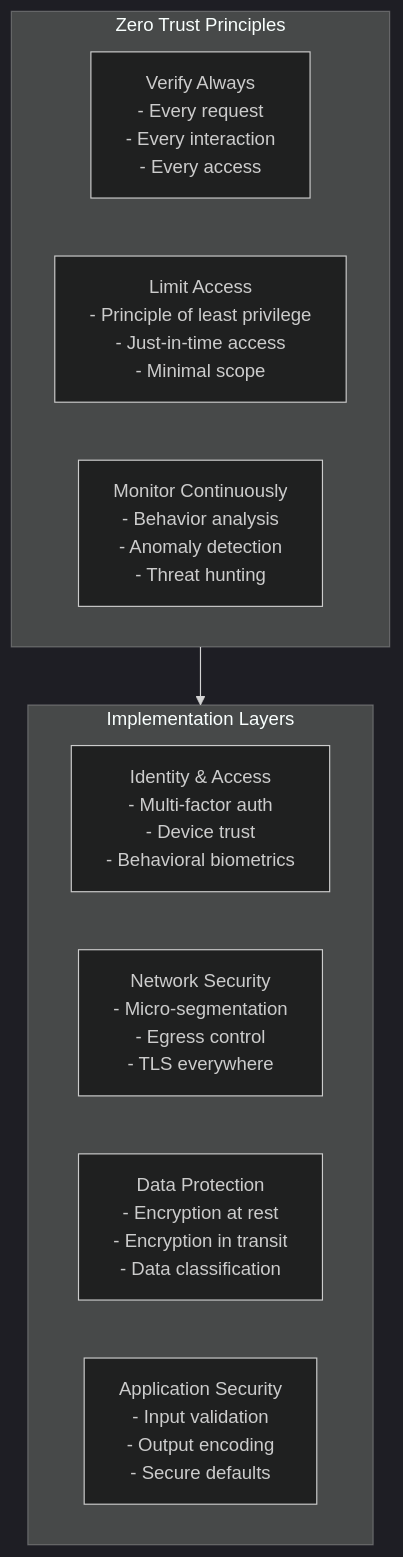
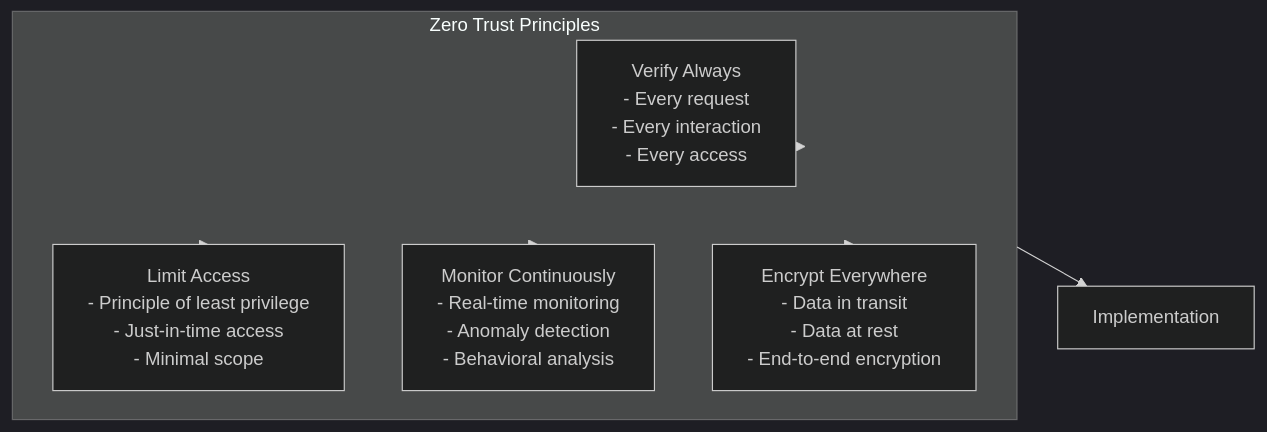
Diagram 16 of 26 in REFERENCE_ARCHITECTURE_TEMPLATE.md (msellamiTN/openclaw), drawn with Mermaid (dark theme) before and after one commit. The commit also changed other lines of this file, not shown here.

````diff
--- a/REFERENCE_ARCHITECTURE_TEMPLATE.md
+++ b/REFERENCE_ARCHITECTURE_TEMPLATE.md
@@ -2095,17 +3169,15 @@
 ```mermaid
-flowchart TB
+flowchart TD
     subgraph ZeroTrust["Zero Trust Principles"]
         Verify[Verify Always<br/>- Every request<br/>- Every interaction<br/>- Every access]
         Limit[Limit Access<br/>- Principle of least privilege<br/>- Just-in-time access<br/>- Minimal scope]
-        Monitor[Monitor Continuously<br/>- Behavior analysis<br/>- Anomaly detection<br/>- Threat hunting]
+        Monitor[Monitor Continuously<br/>- Real-time monitoring<br/>- Anomaly detection<br/>- Behavioral analysis]
+        Encrypt[Encrypt Everywhere<br/>- Data in transit<br/>- Data at rest<br/>- End-to-end encryption]
     end
-
-    subgraph Implementation["Implementation Layers"]
-        Identity[Identity & Access<br/>- Multi-factor auth<br/>- Device trust<br/>- Behavioral biometrics]
-        Network[Network Security<br/>- Micro-segmentation<br/>- Egress control<br/>- TLS everywhere]
-        Data[Data Protection<br/>- Encryption at rest<br/>- Encryption in transit<br/>- Data classification]
-        Application[Application Security<br/>- Input validation<br/>- Output encoding<br/>- Secure defaults]
-    end
-
+    
+    ZeroTrust --> Verify
+    ZeroTrust --> Limit
+    ZeroTrust --> Monitor
+    ZeroTrust --> Encrypt
     ZeroTrust --> Implementation
 ```
````
